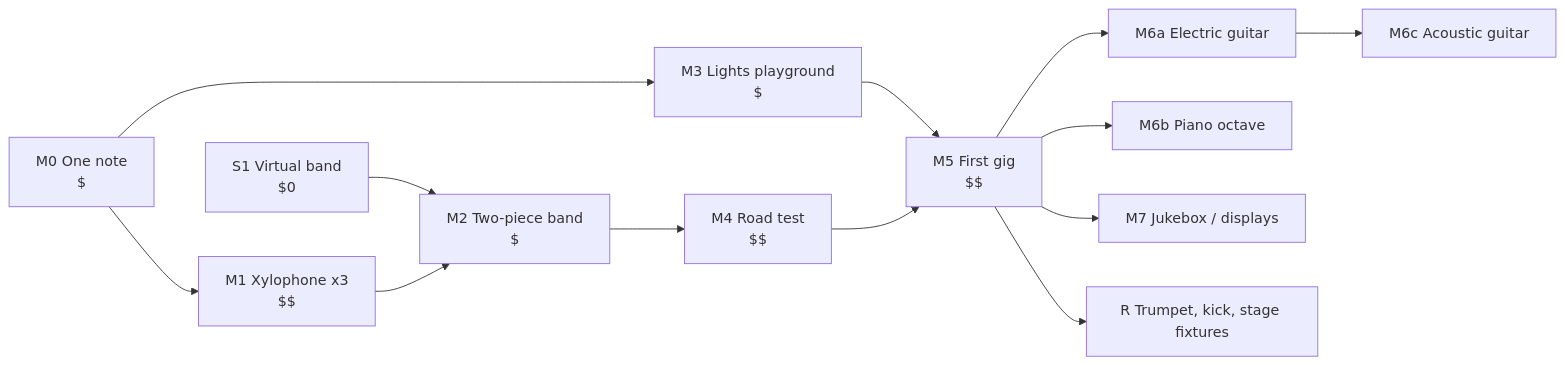
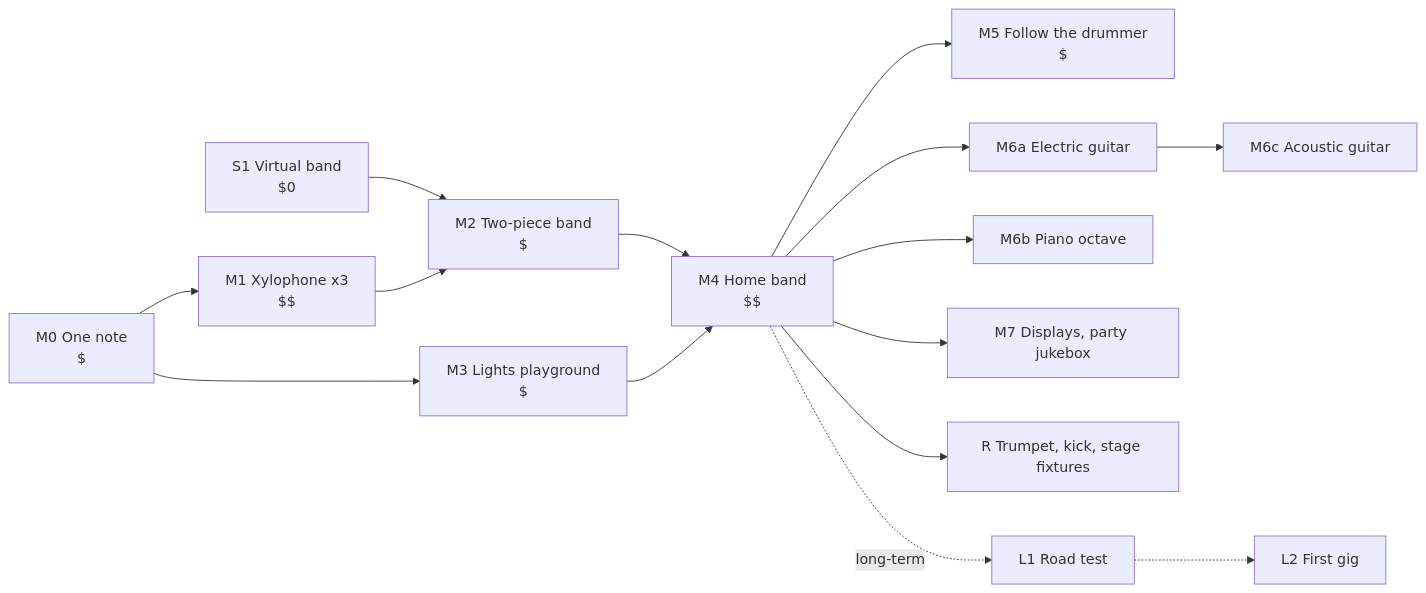
The diagram in docs/ROADMAP.md (fotijr/MetroDom), drawn with Mermaid before and after one commit. The commit also changed other lines of this file and 25 other files, not shown here.

Commit message:
docs: add play-along goal, defer portability to long-term

````diff
--- a/docs/ROADMAP.md
+++ b/docs/ROADMAP.md
@@ -36,14 +40,15 @@
 ```mermaid
 flowchart LR
   S1[S1 Virtual band<br/>$0] --> M2
   M0[M0 One note<br/>$] --> M1[M1 Xylophone x3<br/>$$] --> M2[M2 Two-piece band<br/>$]
   M0 --> M3[M3 Lights playground<br/>$]
-  M2 --> M4[M4 Road test<br/>$$]
-  M3 --> M5
-  M4 --> M5[M5 First gig<br/>$$]
-  M5 --> M6a[M6a Electric guitar]
-  M5 --> M6b[M6b Piano octave]
-  M5 --> M7[M7 Jukebox / displays]
+  M2 --> M4[M4 Home band<br/>$$]
+  M3 --> M4
+  M4 --> M5[M5 Follow the drummer<br/>$]
+  M4 --> M6a[M6a Electric guitar]
+  M4 --> M6b[M6b Piano octave]
   M6a --> M6c[M6c Acoustic guitar]
-  M5 --> R[R Trumpet, kick, stage fixtures]
+  M4 --> M7[M7 Displays, party jukebox]
+  M4 --> R[R Trumpet, kick, stage fixtures]
+  M4 -. long-term .-> L1[L1 Road test] -.-> L2[L2 First gig]
 ```
````
